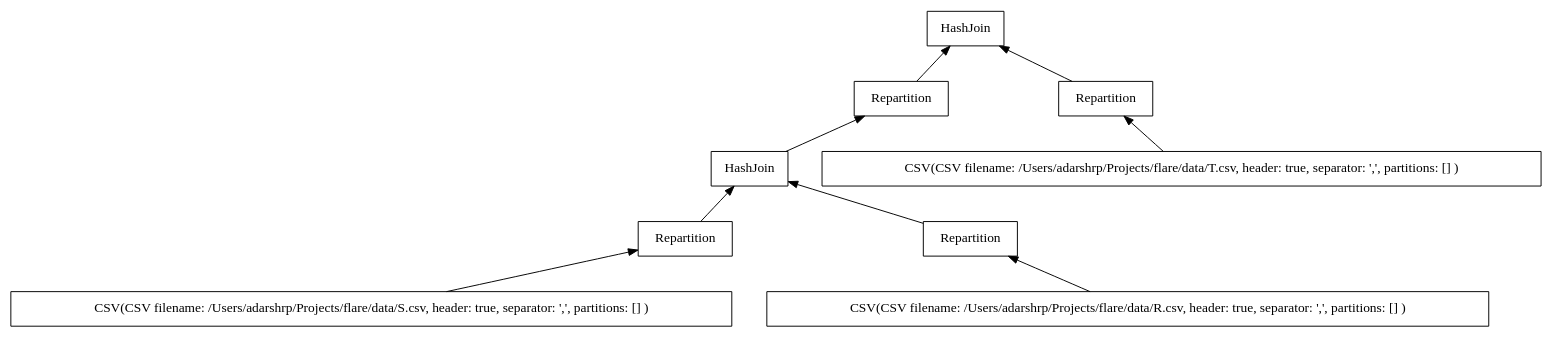
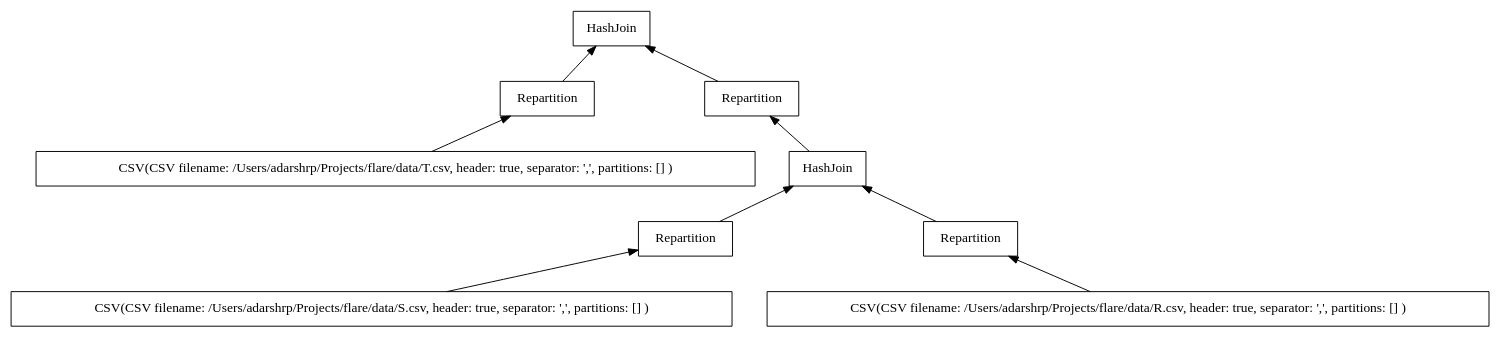
Before and after one commit to adarshpannu/kona: the diagram in pop.dot, drawn with Graphviz. The commit also changed 22 other files, not shown here.

```diff
--- a/pop.dot
+++ b/pop.dot
@@ -1,23 +1,23 @@
 digraph example1 {
     node [shape=record];
     rankdir=BT;
     nodesep=0.5;
     ordering="in";
     popkeyPOPKey8v1 -> popkeyPOPKey9v1;
     popkeyPOPKey7v1 -> popkeyPOPKey8v1;
-    popkeyPOPKey6v1 -> popkeyPOPKey7v1;
+    popkeyPOPKey7v1[label="CSV(CSV  filename: /Users/adarshrp/Projects/flare/data/T.csv, header: true, separator: ',', partitions: [] )"];
+    popkeyPOPKey8v1[label="Repartition"];
+    popkeyPOPKey6v1 -> popkeyPOPKey9v1;
     popkeyPOPKey5v1 -> popkeyPOPKey6v1;
-    popkeyPOPKey5v1[label="CSV(CSV  filename: /Users/adarshrp/Projects/flare/data/S.csv, header: true, separator: ',', partitions: [] )"];
+    popkeyPOPKey4v1 -> popkeyPOPKey5v1;
+    popkeyPOPKey3v1 -> popkeyPOPKey4v1;
+    popkeyPOPKey3v1[label="CSV(CSV  filename: /Users/adarshrp/Projects/flare/data/S.csv, header: true, separator: ',', partitions: [] )"];
+    popkeyPOPKey4v1[label="Repartition"];
+    popkeyPOPKey2v1 -> popkeyPOPKey5v1;
+    popkeyPOPKey1v1 -> popkeyPOPKey2v1;
+    popkeyPOPKey1v1[label="CSV(CSV  filename: /Users/adarshrp/Projects/flare/data/R.csv, header: true, separator: ',', partitions: [] )"];
+    popkeyPOPKey2v1[label="Repartition"];
+    popkeyPOPKey5v1[label="HashJoin"];
     popkeyPOPKey6v1[label="Repartition"];
-    popkeyPOPKey4v1 -> popkeyPOPKey7v1;
-    popkeyPOPKey3v1 -> popkeyPOPKey4v1;
-    popkeyPOPKey3v1[label="CSV(CSV  filename: /Users/adarshrp/Projects/flare/data/R.csv, header: true, separator: ',', partitions: [] )"];
-    popkeyPOPKey4v1[label="Repartition"];
-    popkeyPOPKey7v1[label="HashJoin"];
-    popkeyPOPKey8v1[label="Repartition"];
-    popkeyPOPKey2v1 -> popkeyPOPKey9v1;
-    popkeyPOPKey1v1 -> popkeyPOPKey2v1;
-    popkeyPOPKey1v1[label="CSV(CSV  filename: /Users/adarshrp/Projects/flare/data/T.csv, header: true, separator: ',', partitions: [] )"];
-    popkeyPOPKey2v1[label="Repartition"];
     popkeyPOPKey9v1[label="HashJoin"];
 }
```
